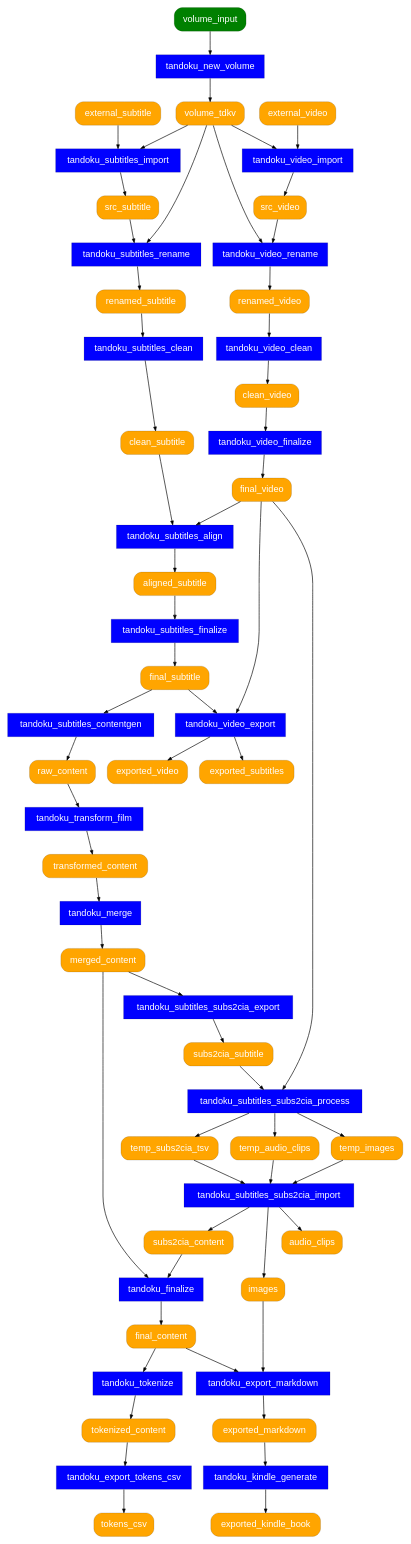
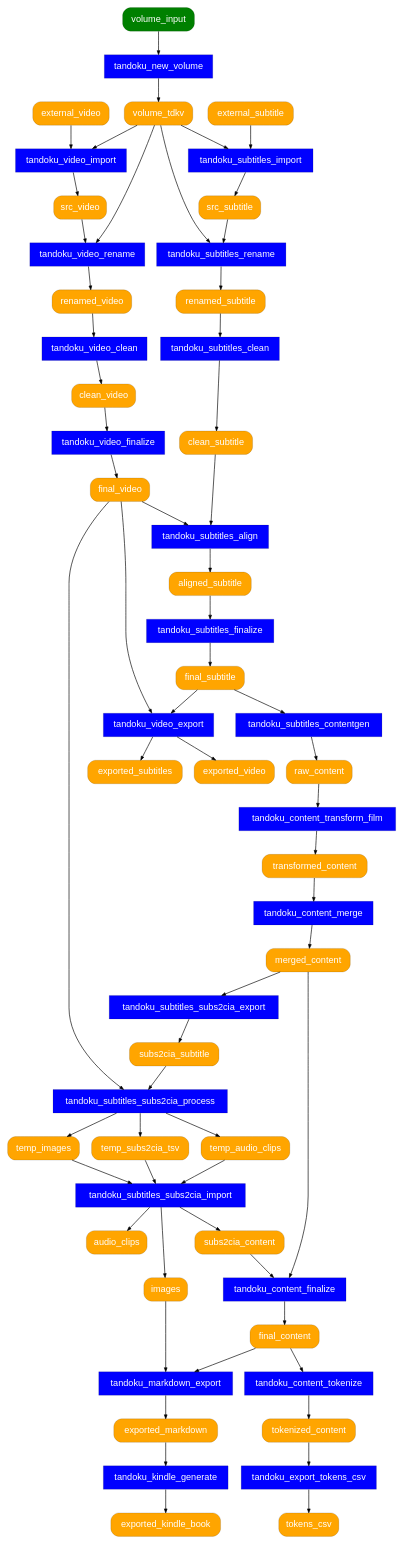
One commit to tandoku/tandoku changed the diagram in docs/tandoku-workflow.dot. Above: the diagram before and after it, drawn with Graphviz.

Commit message:
docs/tandoku-workflow.dot content cleanup

```diff
--- a/docs/tandoku-workflow.dot
+++ b/docs/tandoku-workflow.dot
@@ -1,166 +1,166 @@
 # TODO: consider generating this from spreadsheet data using PSGraph
 digraph {
     graph [fontname="Helvetica"];
     node [fontname="Helvetica" penwidth=0.2];
     edge [fontname="Helvetica" arrowsize="0.6"];
 
     # processes
     node [shape=rect style="filled" fillcolor=blue fontcolor=white];
     tandoku_new_volume
 
     tandoku_export_tokens_csv
 
     ## film processes
     tandoku_subtitles_import
     tandoku_subtitles_rename
     tandoku_subtitles_clean
     tandoku_subtitles_align
     tandoku_subtitles_finalize
     tandoku_subtitles_contentgen
 
+    tandoku_subtitles_subs2cia_export
+    tandoku_subtitles_subs2cia_process
+    tandoku_subtitles_subs2cia_import
+
     tandoku_video_import
     tandoku_video_rename
     tandoku_video_clean
     tandoku_video_finalize
     tandoku_video_export
 
-    tandoku_transform_film
-
-    tandoku_subtitles_subs2cia_export
-    tandoku_subtitles_subs2cia_process
-    tandoku_subtitles_subs2cia_import
+    tandoku_content_transform_film
 
     ## general content processes
-    tandoku_merge
-    tandoku_tokenize
-    tandoku_finalize
+    tandoku_content_merge
+    tandoku_content_finalize
+    tandoku_content_tokenize
 
-    ## markdown, kindle export processses
-    tandoku_export_markdown
+    ## markdown, kindle processses
+    tandoku_markdown_export
     tandoku_kindle_generate
 
     # artifacts
     node [shape=rect style="filled,rounded" fillcolor=orange];
     volume_tdkv
 
     raw_content
     transformed_content
     merged_content
     tokenized_content
     final_content
 
     images
 
     audio_clips
 
     tokens_csv
 
     ## film artifacts
     external_subtitle
     src_subtitle
     renamed_subtitle
     clean_subtitle
     aligned_subtitle
     final_subtitle
 
     external_video
     src_video
     renamed_video
     clean_video
     final_video
 
     exported_video
     exported_subtitles
 
     subs2cia_subtitle
     temp_subs2cia_tsv
     temp_audio_clips
     temp_images
     subs2cia_content
 
-    ## exported markdown, kindle
+    ## markdown, kindle
     exported_markdown
     exported_kindle_book
 
     # user input
     node [shape=rect style="filled,rounded" fillcolor=green];
     volume_input
 
     # edges
     volume_input -> tandoku_new_volume
     tandoku_new_volume -> volume_tdkv
 
     tokenized_content -> tandoku_export_tokens_csv
     tandoku_export_tokens_csv -> tokens_csv
 
     ## film edges
     external_subtitle -> tandoku_subtitles_import
     volume_tdkv -> tandoku_subtitles_import
     tandoku_subtitles_import -> src_subtitle
     src_subtitle -> tandoku_subtitles_rename
     volume_tdkv -> tandoku_subtitles_rename
     tandoku_subtitles_rename -> renamed_subtitle
     renamed_subtitle -> tandoku_subtitles_clean
     tandoku_subtitles_clean -> clean_subtitle
 
     external_video -> tandoku_video_import
     volume_tdkv -> tandoku_video_import
     tandoku_video_import -> src_video
     src_video -> tandoku_video_rename
     volume_tdkv -> tandoku_video_rename
     tandoku_video_rename -> renamed_video
     renamed_video -> tandoku_video_clean
     tandoku_video_clean -> clean_video
     clean_video -> tandoku_video_finalize
     tandoku_video_finalize -> final_video
 
     clean_subtitle -> tandoku_subtitles_align
     final_video -> tandoku_subtitles_align
     tandoku_subtitles_align -> aligned_subtitle
     aligned_subtitle -> tandoku_subtitles_finalize
     tandoku_subtitles_finalize -> final_subtitle
 
     final_subtitle -> tandoku_video_export
     final_video -> tandoku_video_export
     tandoku_video_export -> exported_video
     tandoku_video_export -> exported_subtitles
 
     final_subtitle -> tandoku_subtitles_contentgen
     tandoku_subtitles_contentgen -> raw_content
 
-    raw_content -> tandoku_transform_film
-    tandoku_transform_film -> transformed_content
+    raw_content -> tandoku_content_transform_film
+    tandoku_content_transform_film -> transformed_content
 
     merged_content -> tandoku_subtitles_subs2cia_export
     tandoku_subtitles_subs2cia_export -> subs2cia_subtitle
     subs2cia_subtitle -> tandoku_subtitles_subs2cia_process
     final_video -> tandoku_subtitles_subs2cia_process
     tandoku_subtitles_subs2cia_process -> temp_subs2cia_tsv
     tandoku_subtitles_subs2cia_process -> temp_audio_clips
     tandoku_subtitles_subs2cia_process -> temp_images
     temp_subs2cia_tsv -> tandoku_subtitles_subs2cia_import
     temp_audio_clips -> tandoku_subtitles_subs2cia_import
     temp_images -> tandoku_subtitles_subs2cia_import
     tandoku_subtitles_subs2cia_import -> audio_clips
     tandoku_subtitles_subs2cia_import -> images
     tandoku_subtitles_subs2cia_import -> subs2cia_content
-    subs2cia_content -> tandoku_finalize
+    subs2cia_content -> tandoku_content_finalize
 
     ## general content edges
-    transformed_content -> tandoku_merge
-    tandoku_merge -> merged_content
-    merged_content -> tandoku_finalize
-    tandoku_finalize -> final_content
+    transformed_content -> tandoku_content_merge
+    tandoku_content_merge -> merged_content
+    merged_content -> tandoku_content_finalize
+    tandoku_content_finalize -> final_content
 
-    final_content -> tandoku_tokenize
-    tandoku_tokenize -> tokenized_content
+    final_content -> tandoku_content_tokenize
+    tandoku_content_tokenize -> tokenized_content
 
     ## markdown export
-    final_content -> tandoku_export_markdown
-    images -> tandoku_export_markdown
-    tandoku_export_markdown -> exported_markdown
+    final_content -> tandoku_markdown_export
+    images -> tandoku_markdown_export
+    tandoku_markdown_export -> exported_markdown
 
     ## kindle export
     exported_markdown -> tandoku_kindle_generate
     tandoku_kindle_generate -> exported_kindle_book
 }
```
